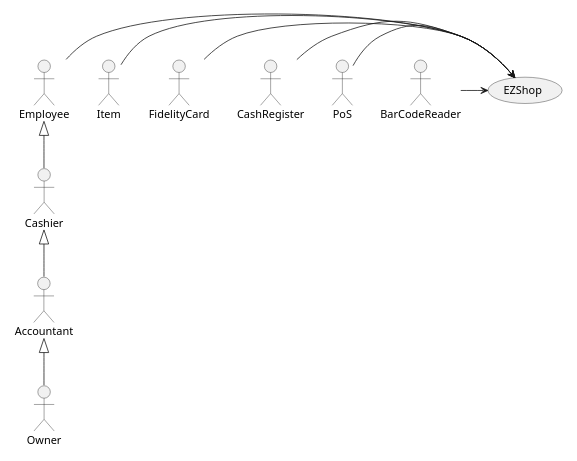
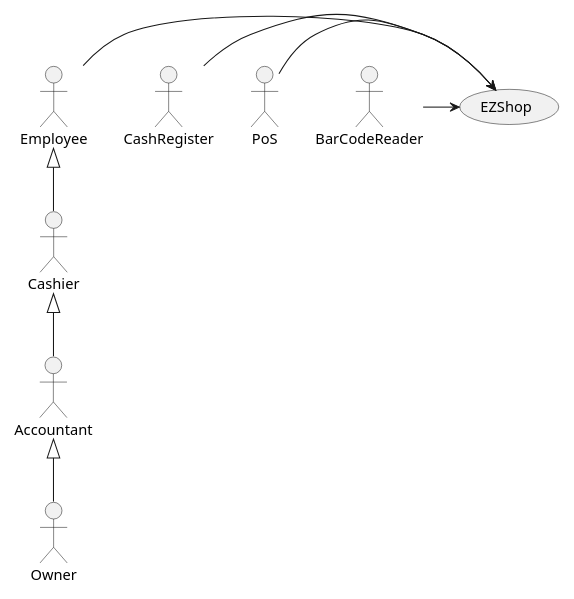
The first of 6 diagrams in Deliverables/RequirementsDocument.md (djemar/softeng_ezshop), drawn with PlantUML before and after one commit. The commit also changed other lines of this file, not shown here.

Commit message:
Context diagram-UCD-UC modified

````diff
--- a/Deliverables/RequirementsDocument.md
+++ b/Deliverables/RequirementsDocument.md
@@ -77,23 +77,19 @@
 ```plantuml
 scale 400 width
 top to bottom direction
 actor Owner as o
 actor Employee as e
 actor CashRegister as cr
-actor Item as i
 actor Accountant as acc
 actor Cashier as cas
-actor FidelityCard as f
 actor PoS as pos
 actor BarCodeReader as br
 
 o -up-|> acc
 cas -up-|> e
 acc -up-|> cas
-i -> (EZShop)
 e -> (EZShop)
-f -> (EZShop)
 cr -> (EZShop)
 pos -> (EZShop)
 br -> (EZShop)
 ```
````
